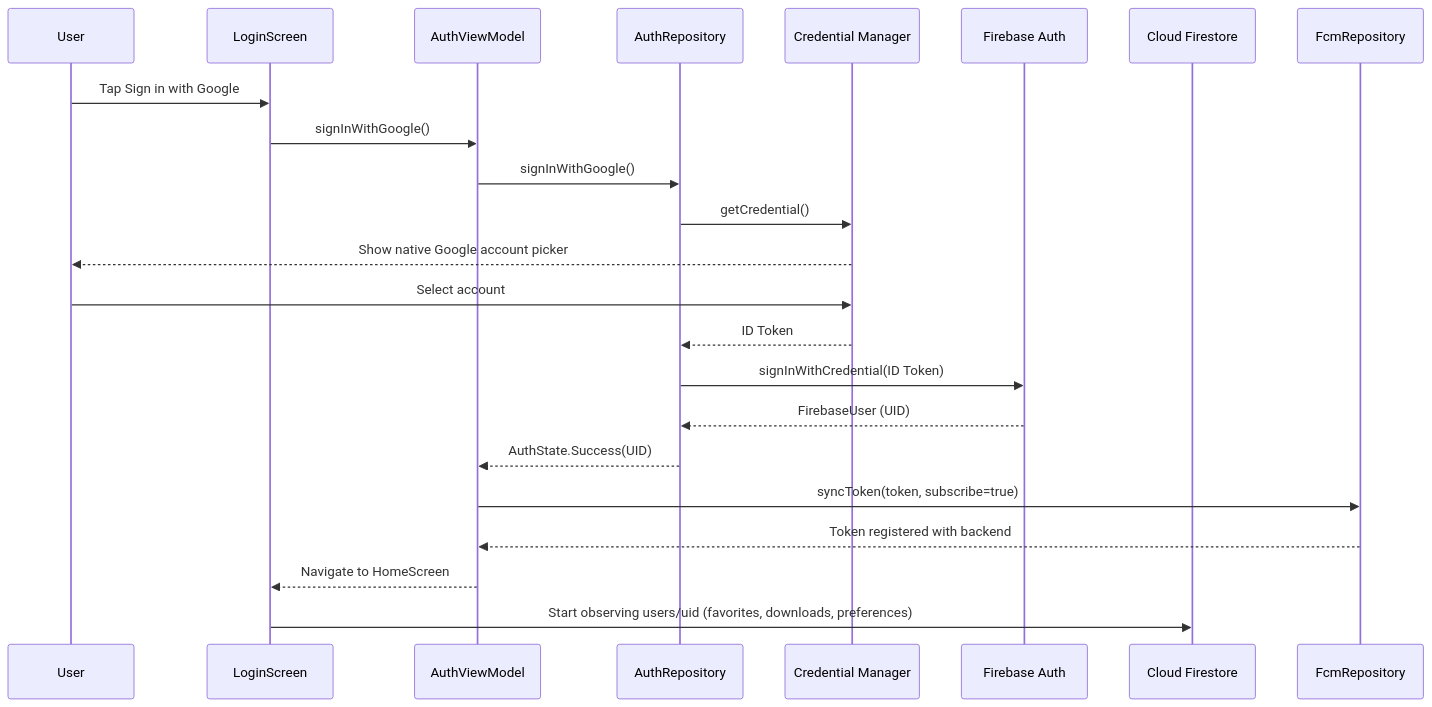
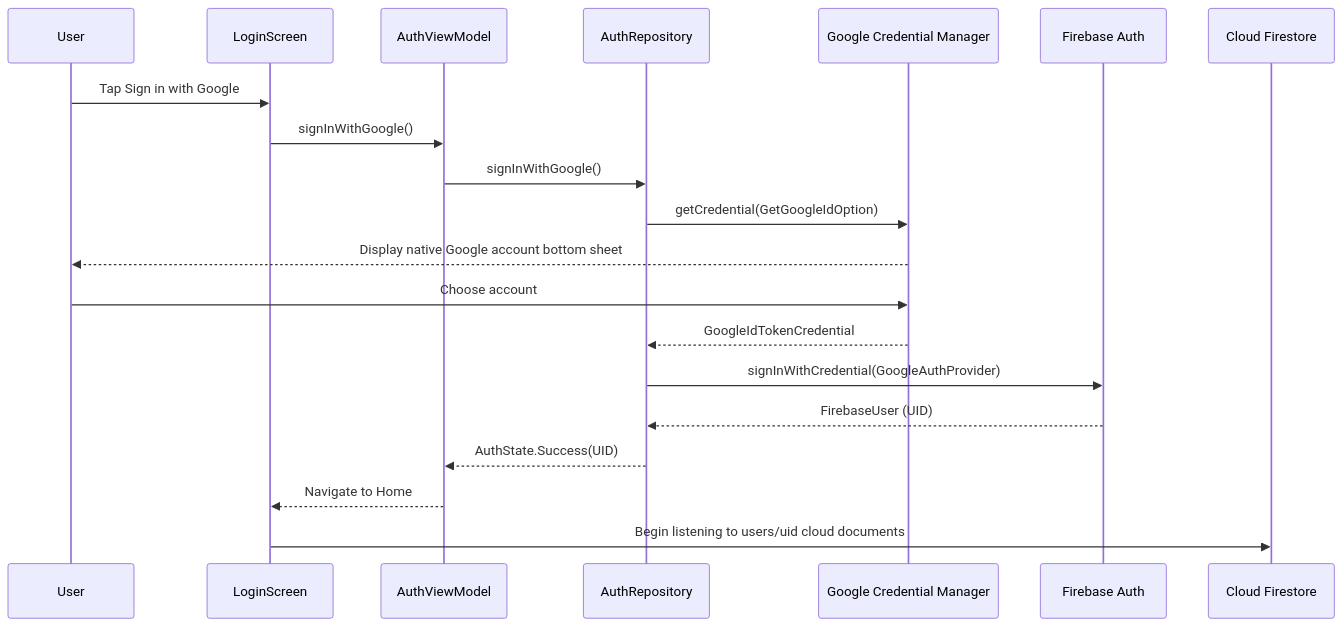
Before and after one commit to martinrevert/LaTorrentola: the seventh of 15 diagrams in ARCHITECTURE.md, drawn with Mermaid. The commit also changed other lines of this file and 2 other files, not shown here.

````diff
--- a/ARCHITECTURE.md
+++ b/ARCHITECTURE.md
@@ -415,26 +577,23 @@
 ```mermaid
 sequenceDiagram
     participant U as User
     participant LS as LoginScreen
     participant VM as AuthViewModel
-    participant R as AuthRepository
-    participant CM as Credential Manager
+    participant AREP as AuthRepository
+    participant CM as Google Credential Manager
     participant FA as Firebase Auth
     participant FS as Cloud Firestore
-    participant FCM as FcmRepository
 
     U->>LS: Tap Sign in with Google
     LS->>VM: signInWithGoogle()
-    VM->>R: signInWithGoogle()
-    R->>CM: getCredential()
-    CM-->>U: Show native Google account picker
-    U->>CM: Select account
-    CM-->>R: ID Token
-    R->>FA: signInWithCredential(ID Token)
-    FA-->>R: FirebaseUser (UID)
-    R-->>VM: AuthState.Success(UID)
-    VM->>FCM: syncToken(token, subscribe=true)
-    FCM-->>VM: Token registered with backend
-    VM-->>LS: Navigate to HomeScreen
-    LS->>FS: Start observing users/uid (favorites, downloads, preferences)
+    VM->>AREP: signInWithGoogle()
+    AREP->>CM: getCredential(GetGoogleIdOption)
+    CM-->>U: Display native Google account bottom sheet
+    U->>CM: Choose account
+    CM-->>AREP: GoogleIdTokenCredential
+    AREP->>FA: signInWithCredential(GoogleAuthProvider)
+    FA-->>AREP: FirebaseUser (UID)
+    AREP-->>VM: AuthState.Success(UID)
+    VM-->>LS: Navigate to Home
+    LS->>FS: Begin listening to users/uid cloud documents
 ```
````
